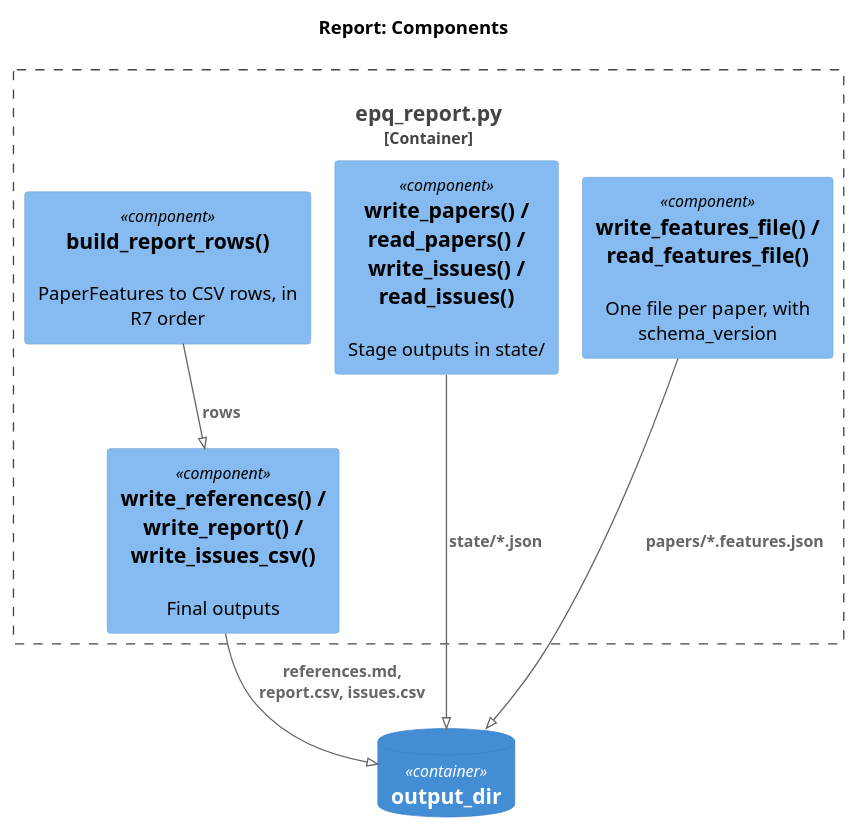
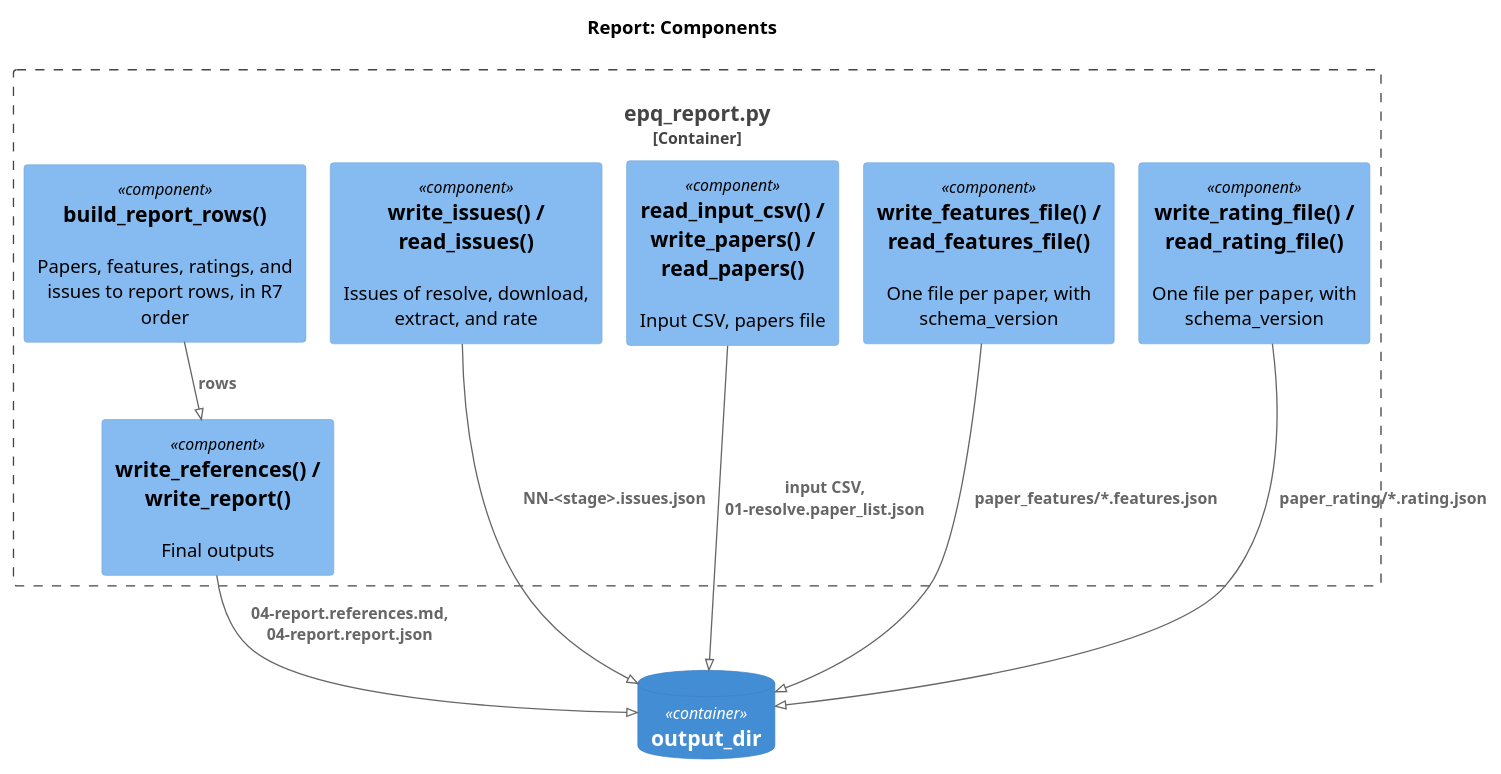
Before and after one commit to gpsaggese/gpsaggese.github.io: the diagram in research/Estimate_academic_paper_quality/docs/02.7-design.report.md, drawn with PlantUML. The commit also changed other lines of this file and 98 other files, not shown here.

````diff
--- a/research/Estimate_academic_paper_quality/docs/02.7-design.report.md
+++ b/research/Estimate_academic_paper_quality/docs/02.7-design.report.md
@@ -35,17 +47,21 @@
 ```plantuml
 !pragma layout smetana
 !include <C4/C4_Component>
 LAYOUT_TOP_DOWN()
 title Report: Components
 Container_Boundary(r, "epq_report.py") {
-  Component(state, "write_papers() / read_papers() / write_issues() / read_issues()", "", "Stage outputs in state/")
+  Component(state, "write_issues() / read_issues()", "", "Issues of resolve, download, extract, and rate")
+  Component(csvs, "read_input_csv() / write_papers() / read_papers()", "", "Input CSV, papers file")
   Component(feat, "write_features_file() / read_features_file()", "", "One file per paper, with schema_version")
-  Component(rows, "build_report_rows()", "", "PaperFeatures to CSV rows, in R7 order")
-  Component(out, "write_references() / write_report() / write_issues_csv()", "", "Final outputs")
+  Component(rating, "write_rating_file() / read_rating_file()", "", "One file per paper, with schema_version")
+  Component(rows, "build_report_rows()", "", "Papers, features, ratings, and issues to report rows, in R7 order")
+  Component(out, "write_references() / write_report()", "", "Final outputs")
 }
 ContainerDb(dir, "output_dir", "", "")
-Rel(state, dir, "state/*.json")
-Rel(feat, dir, "papers/*.features.json")
+Rel(state, dir, "NN-<stage>.issues.json")
+Rel(csvs, dir, "input CSV, 01-resolve.paper_list.json")
+Rel(feat, dir, "paper_features/*.features.json")
+Rel(rating, dir, "paper_rating/*.rating.json")
 Rel(rows, out, "rows")
-Rel(out, dir, "references.md, report.csv, issues.csv")
+Rel(out, dir, "04-report.references.md, 04-report.report.json")
 ```
````
